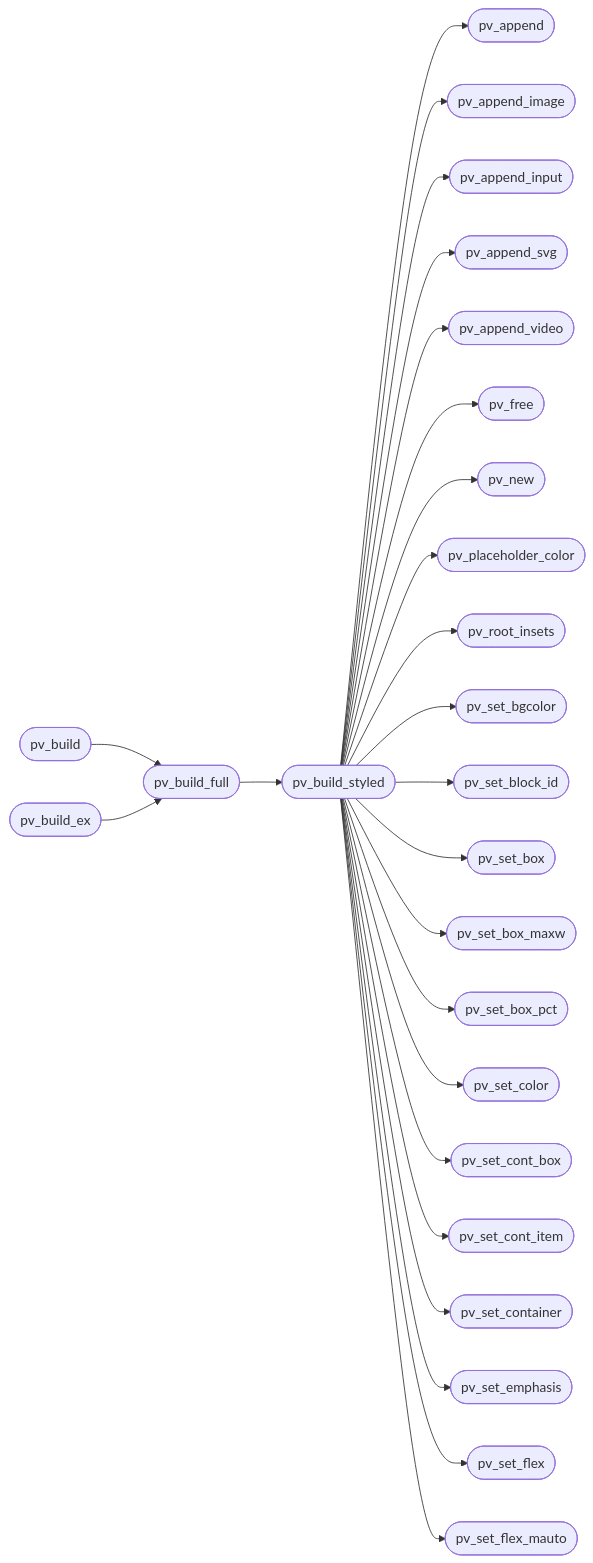
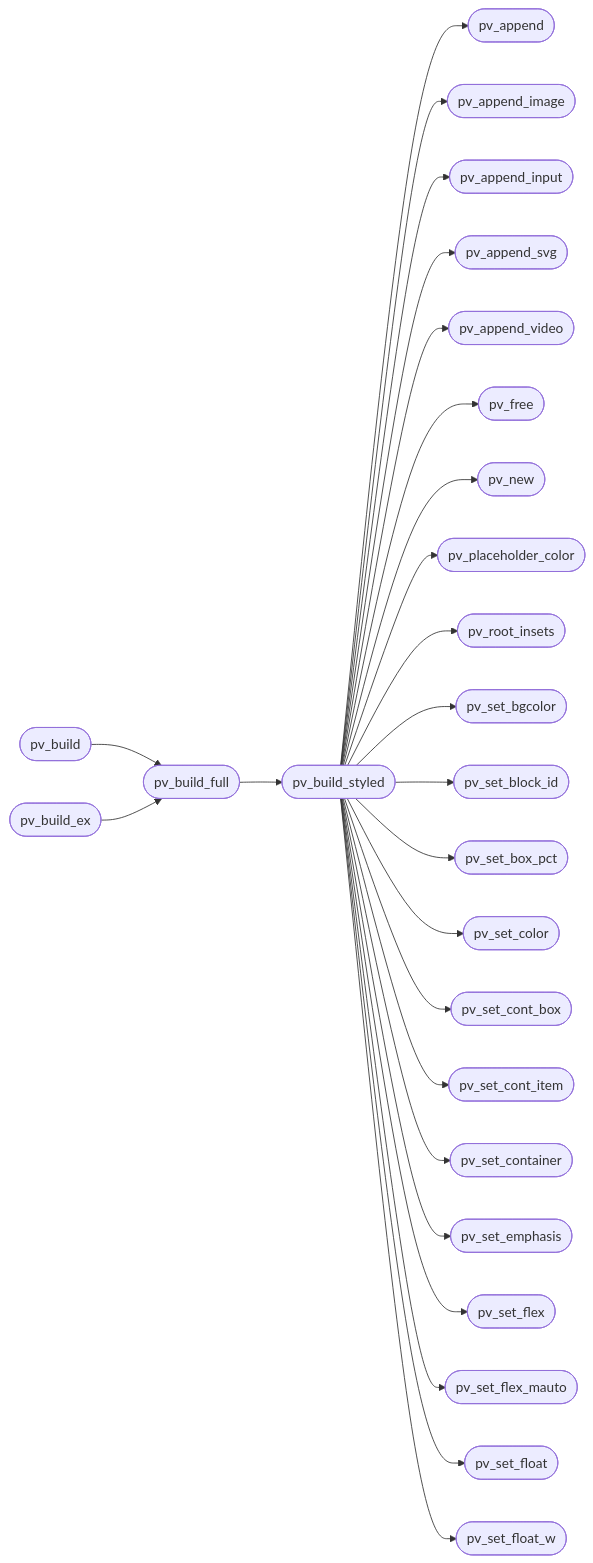
The second of 2 diagrams in readmenator-apidocs/modules/src.page_view.c.md (grisuno/FreeDom), drawn with Mermaid before and after one commit. The commit also changed other lines of this file and 1370 other files, not shown here.

````diff
--- a/readmenator-apidocs/modules/src.page_view.c.md
+++ b/readmenator-apidocs/modules/src.page_view.c.md
@@ -62,52 +62,52 @@
 ```mermaid
 flowchart LR
     n_src_page_view_c__pv_build(["pv_build"])
     n_src_page_view_c__pv_build_full(["pv_build_full"])
     n_src_page_view_c__pv_build_ex(["pv_build_ex"])
     n_src_page_view_c__pv_build_styled(["pv_build_styled"])
     n_src_page_view_c__pv_append(["pv_append"])
     n_src_page_view_c__pv_append_image(["pv_append_image"])
     n_src_page_view_c__pv_append_input(["pv_append_input"])
     n_src_page_view_c__pv_append_svg(["pv_append_svg"])
     n_src_page_view_c__pv_append_video(["pv_append_video"])
     n_src_page_view_c__pv_free(["pv_free"])
     n_src_page_view_c__pv_new(["pv_new"])
     n_src_page_view_c__pv_placeholder_color(["pv_placeholder_color"])
     n_src_page_view_c__pv_root_insets(["pv_root_insets"])
     n_src_page_view_c__pv_set_bgcolor(["pv_set_bgcolor"])
     n_src_page_view_c__pv_set_block_id(["pv_set_block_id"])
-    n_src_page_view_c__pv_set_box(["pv_set_box"])
-    n_src_page_view_c__pv_set_box_maxw(["pv_set_box_maxw"])
     n_src_page_view_c__pv_set_box_pct(["pv_set_box_pct"])
     n_src_page_view_c__pv_set_color(["pv_set_color"])
     n_src_page_view_c__pv_set_cont_box(["pv_set_cont_box"])
     n_src_page_view_c__pv_set_cont_item(["pv_set_cont_item"])
     n_src_page_view_c__pv_set_container(["pv_set_container"])
     n_src_page_view_c__pv_set_emphasis(["pv_set_emphasis"])
     n_src_page_view_c__pv_set_flex(["pv_set_flex"])
     n_src_page_view_c__pv_set_flex_mauto(["pv_set_flex_mauto"])
+    n_src_page_view_c__pv_set_float(["pv_set_float"])
+    n_src_page_view_c__pv_set_float_w(["pv_set_float_w"])
     n_src_page_view_c__pv_build --> n_src_page_view_c__pv_build_full
     n_src_page_view_c__pv_build_ex --> n_src_page_view_c__pv_build_full
     n_src_page_view_c__pv_build_full --> n_src_page_view_c__pv_build_styled
     n_src_page_view_c__pv_build_styled --> n_src_page_view_c__pv_append
     n_src_page_view_c__pv_build_styled --> n_src_page_view_c__pv_append_image
     n_src_page_view_c__pv_build_styled --> n_src_page_view_c__pv_append_input
     n_src_page_view_c__pv_build_styled --> n_src_page_view_c__pv_append_svg
     n_src_page_view_c__pv_build_styled --> n_src_page_view_c__pv_append_video
     n_src_page_view_c__pv_build_styled --> n_src_page_view_c__pv_free
     n_src_page_view_c__pv_build_styled --> n_src_page_view_c__pv_new
     n_src_page_view_c__pv_build_styled --> n_src_page_view_c__pv_placeholder_color
     n_src_page_view_c__pv_build_styled --> n_src_page_view_c__pv_root_insets
     n_src_page_view_c__pv_build_styled --> n_src_page_view_c__pv_set_bgcolor
     n_src_page_view_c__pv_build_styled --> n_src_page_view_c__pv_set_block_id
-    n_src_page_view_c__pv_build_styled --> n_src_page_view_c__pv_set_box
-    n_src_page_view_c__pv_build_styled --> n_src_page_view_c__pv_set_box_maxw
     n_src_page_view_c__pv_build_styled --> n_src_page_view_c__pv_set_box_pct
     n_src_page_view_c__pv_build_styled --> n_src_page_view_c__pv_set_color
     n_src_page_view_c__pv_build_styled --> n_src_page_view_c__pv_set_cont_box
     n_src_page_view_c__pv_build_styled --> n_src_page_view_c__pv_set_cont_item
     n_src_page_view_c__pv_build_styled --> n_src_page_view_c__pv_set_container
     n_src_page_view_c__pv_build_styled --> n_src_page_view_c__pv_set_emphasis
     n_src_page_view_c__pv_build_styled --> n_src_page_view_c__pv_set_flex
     n_src_page_view_c__pv_build_styled --> n_src_page_view_c__pv_set_flex_mauto
+    n_src_page_view_c__pv_build_styled --> n_src_page_view_c__pv_set_float
+    n_src_page_view_c__pv_build_styled --> n_src_page_view_c__pv_set_float_w
 ```
````
